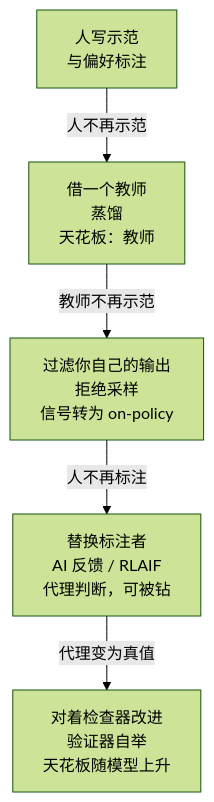
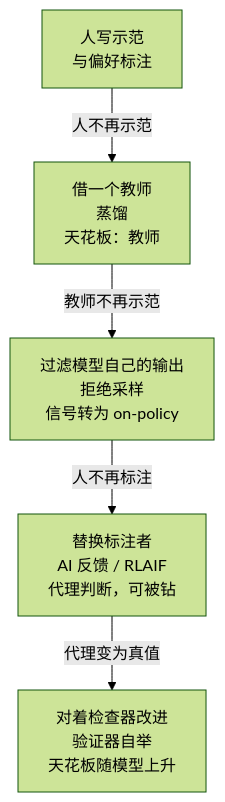
The second of 3 diagrams in zh/p2-adaptation/12-synthetic-data-self-improvement.qmd (latere-ai/ai-as-an-infrastructure), drawn with Mermaid (forest theme) before and after one commit. The commit also changed other lines of this file and 4 other files, not shown here.

Commit message:
prose: de-translationese register pass on p2 ch10/ch12 (你→impersonal, tighten flow)

````diff
--- a/zh/p2-adaptation/12-synthetic-data-self-improvement.qmd
+++ b/zh/p2-adaptation/12-synthetic-data-self-improvement.qmd
@@ -63,14 +63,14 @@
 ```{mermaid}
 %%| label: fig-synthetic-data-lineage
 %%| fig-cap: "从人工标注者撤退。每一步都用一个更廉价的判断来源替换某一角色上的人，下一轮数据的来源也随之移动。"
 flowchart TB
   H["人写示范<br/>与偏好标注"]
   T["借一个教师<br/>蒸馏<br/>天花板：教师"]
-  R["过滤你自己的输出<br/>拒绝采样<br/>信号转为 on-policy"]
+  R["过滤模型自己的输出<br/>拒绝采样<br/>信号转为 on-policy"]
   A["替换标注者<br/>AI 反馈 / RLAIF<br/>代理判断，可被钻"]
   V["对着检查器改进<br/>验证器自举<br/>天花板随模型上升"]
   H -->|"人不再示范"| T
   T -->|"教师不再示范"| R
   R -->|"人不再标注"| A
   A -->|"代理变为真值"| V
 ```
````
